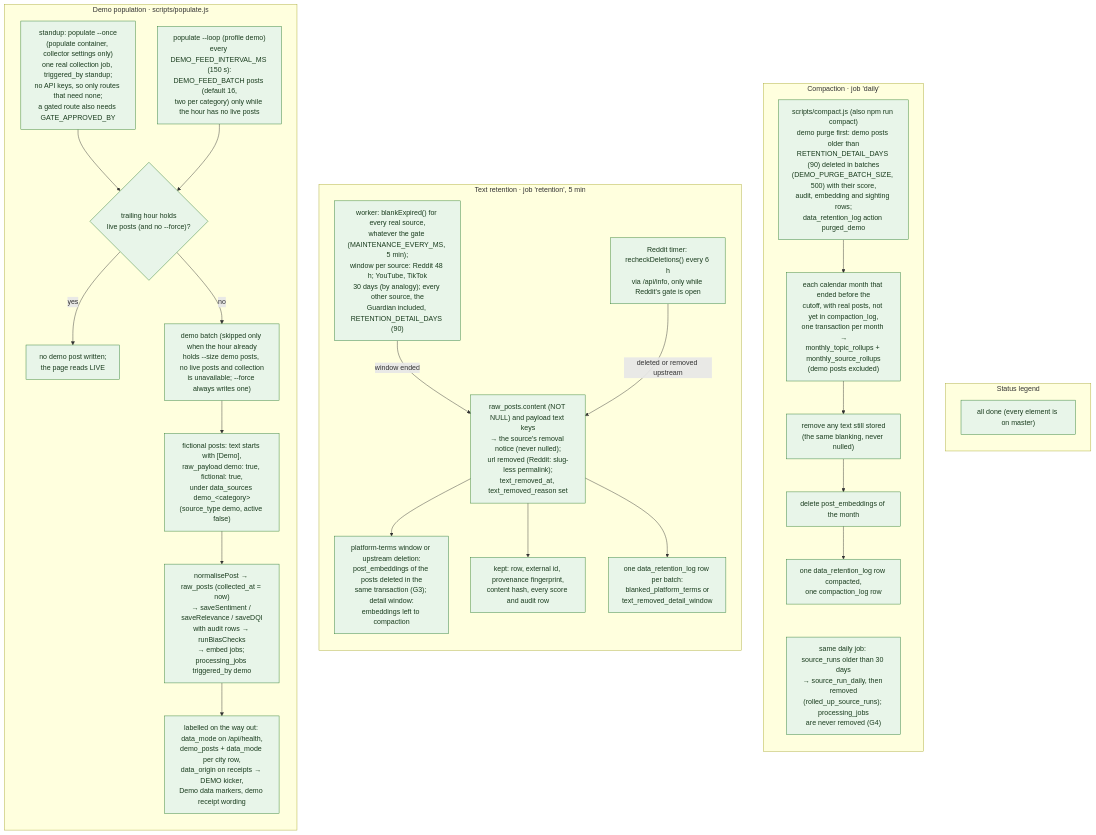
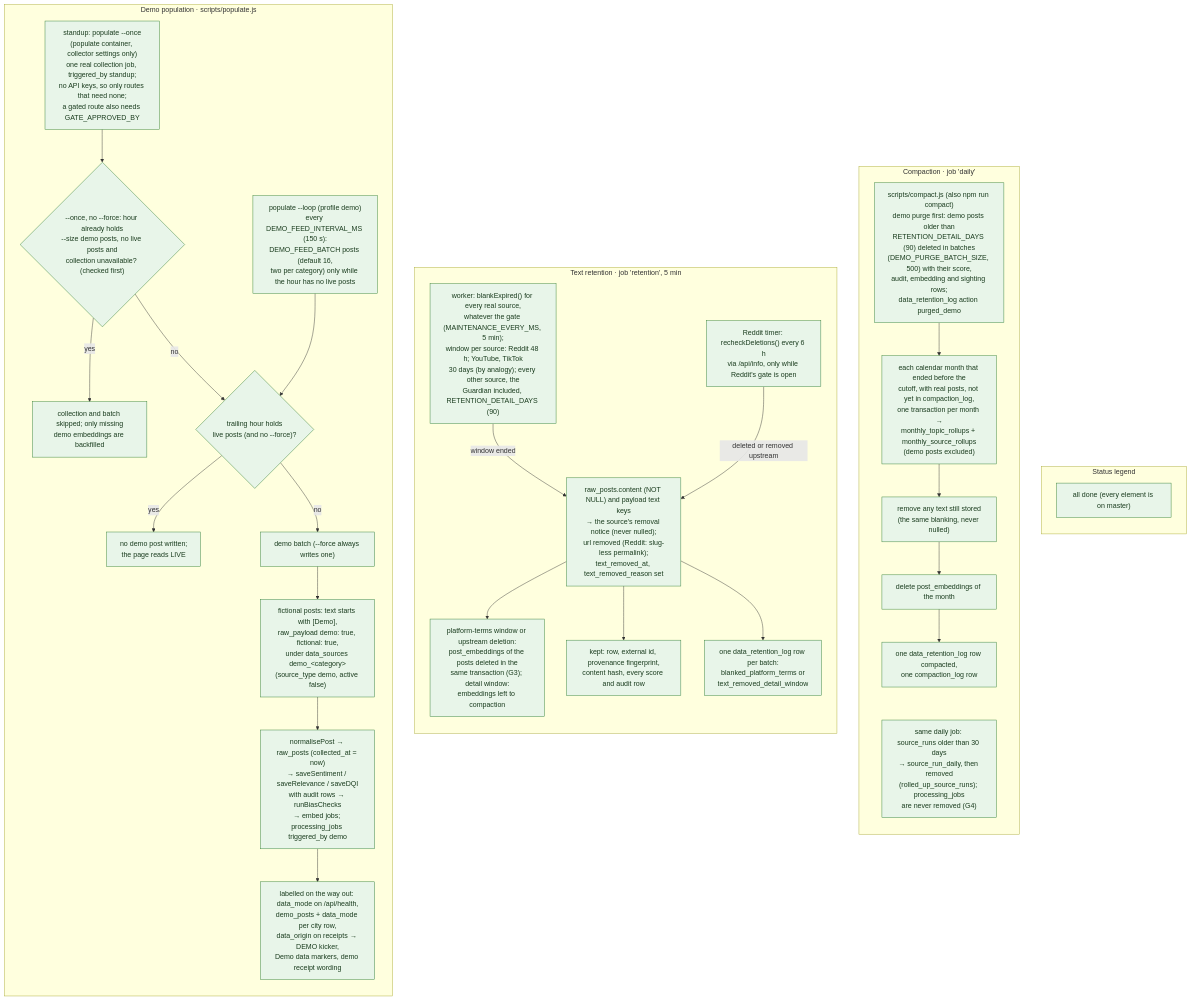
One commit to jennifer-mckinney/pulse-of-ai changed the diagram in docs/diagrams/flows/data-flow-demo-and-retention.mmd. Above: the diagram before and after it, drawn with Mermaid. The commit also changed 35 other files, not shown here.

First line of the commit message:
Bring 12 diagrams in line with master through PR #34 (docs audit round 3)

```diff
--- a/docs/diagrams/flows/data-flow-demo-and-retention.mmd
+++ b/docs/diagrams/flows/data-flow-demo-and-retention.mmd
@@ -1,57 +1,61 @@
 %% Title: Data flow · demo population and retention
 %% Summary: The demo fallback path (fictional posts through the real scorers, labelled DEMO end to end) and the retention flows run by the worker's maintenance jobs: text removal by blanking (platform-terms windows, the Reddit deletion re-check, the detail window), the demo purge, monthly compaction and the source_runs rollup.
 %% Sources: scripts/populate.js, scripts/standup.sh, docker-compose.yml (populate, collector settings), src/config/data-mode.js, src/config/source-registry.js (retentionHours, sourceStatus), src/workers/maintenance.worker.js, src/workers/start.js, src/collectors/retention.js, src/collectors/run-retention.js, src/collectors/reddit/{maintenance,recheck}.js, scripts/compact.js; migrations 005, 025, 031, 034, 039. Spec: TECHNICAL_SPEC.md section 19 (layered retention); ADR 0001 ruling 9; PR #22 decisions G3, G4, G5.
 flowchart LR
 
   subgraph DEMO["Demo population · scripts/populate.js"]
     direction TB
     M1["standup: populate --once<br/>(populate container, collector settings only)<br/>one real collection job, triggered_by standup;<br/>no API keys, so only routes that need none;<br/>a gated route also needs GATE_APPROVED_BY"]:::done
     M2{"trailing hour holds<br/>live posts (and no --force)?"}:::done
-    M3["demo batch (skipped only when the hour already<br/>holds --size demo posts, no live posts and collection<br/>is unavailable; --force always writes one)"]:::done
+    M3["demo batch (--force always writes one)"]:::done
+    M9{"--once, no --force: hour already holds<br/>--size demo posts, no live posts and<br/>collection unavailable? (checked first)"}:::done
     M4["populate --loop (profile demo)<br/>every DEMO_FEED_INTERVAL_MS (150 s):<br/>DEMO_FEED_BATCH posts (default 16,<br/>two per category) only while the hour has no live posts"]:::done
     M5["fictional posts: text starts with [Demo],<br/>raw_payload demo: true, fictional: true,<br/>under data_sources demo_#lt;category#gt;<br/>(source_type demo, active false)"]:::done
     M6["normalisePost → raw_posts (collected_at = now)<br/>→ saveSentiment / saveRelevance / saveDQI<br/>with audit rows → runBiasChecks<br/>→ embed jobs; processing_jobs triggered_by demo"]:::done
     M7["labelled on the way out: data_mode on /api/health,<br/>demo_posts + data_mode per city row,<br/>data_origin on receipts → DEMO kicker,<br/>Demo data markers, demo receipt wording"]:::done
     M8["no demo post written;<br/>the page reads LIVE"]:::done
-    M1 --> M2
+    M10["collection and batch skipped; only missing<br/>demo embeddings are backfilled"]:::done
+    M1 --> M9
+    M9 -- yes --> M10
+    M9 -- no --> M2
     M2 -- yes --> M8
     M2 -- no --> M3 --> M5
     M4 --> M2
     M5 --> M6 --> M7
   end
 
   subgraph TEXT["Text retention · job 'retention', 5 min"]
     direction TB
     R1["worker: blankExpired() for every real source,<br/>whatever the gate (MAINTENANCE_EVERY_MS, 5 min);<br/>window per source: Reddit 48 h; YouTube, TikTok<br/>30 days (by analogy); every other source, the<br/>Guardian included, RETENTION_DETAIL_DAYS (90)"]:::done
     R2["Reddit timer: recheckDeletions() every 6 h<br/>via /api/info, only while Reddit's gate is open"]:::done
     R3["raw_posts.content (NOT NULL) and payload text keys<br/>→ the source's removal notice (never nulled);<br/>url removed (Reddit: slug-less permalink);<br/>text_removed_at, text_removed_reason set"]:::done
     R6["platform-terms window or upstream deletion:<br/>post_embeddings of the posts deleted in the<br/>same transaction (G3); detail window:<br/>embeddings left to compaction"]:::done
     R4["kept: row, external id, provenance fingerprint,<br/>content hash, every score and audit row"]:::done
     R5["one data_retention_log row per batch:<br/>blanked_platform_terms or<br/>text_removed_detail_window"]:::done
     R1 -- "window ended" --> R3
     R2 -- "deleted or removed upstream" --> R3
     R3 --> R6
     R3 --> R4
     R3 --> R5
   end
 
   subgraph COMPACT["Compaction · job 'daily'"]
     direction TB
     P1["scripts/compact.js (also npm run compact)<br/>demo purge first: demo posts older than<br/>RETENTION_DETAIL_DAYS (90) deleted in batches<br/>(DEMO_PURGE_BATCH_SIZE, 500) with their score,<br/>audit, embedding and sighting rows;<br/>data_retention_log action purged_demo"]:::done
     P2["each calendar month that ended before the<br/>cutoff, with real posts, not yet in compaction_log,<br/>one transaction per month →<br/>monthly_topic_rollups + monthly_source_rollups<br/>(demo posts excluded)"]:::done
     P4["remove any text still stored<br/>(the same blanking, never nulled)"]:::done
     P3["delete post_embeddings of the month"]:::done
     P5["one data_retention_log row compacted,<br/>one compaction_log row"]:::done
     P6["same daily job: source_runs older than 30 days<br/>→ source_run_daily, then removed<br/>(rolled_up_source_runs); processing_jobs<br/>are never removed (G4)"]:::done
     P1 --> P2 --> P4 --> P3 --> P5
     P5 ~~~ P6
   end
 
   subgraph LEGEND["Status legend"]
     L1["all done (every element is on master)"]:::done
   end
 
   DEMO ~~~ TEXT ~~~ COMPACT ~~~ LEGEND
 
   classDef done fill:#e8f5e9,stroke:#2e7d32,color:#1b3d1f
   classDef planned fill:#f2f2f2,stroke:#8a8a8a,color:#4a4a4a,stroke-dasharray:2 3
```
